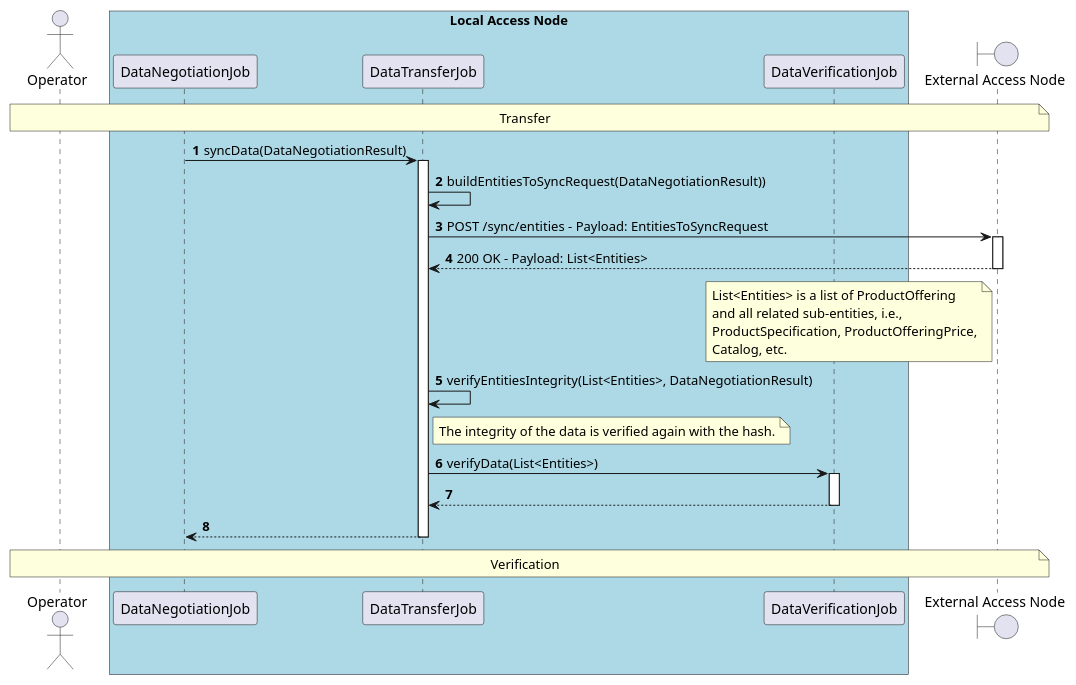
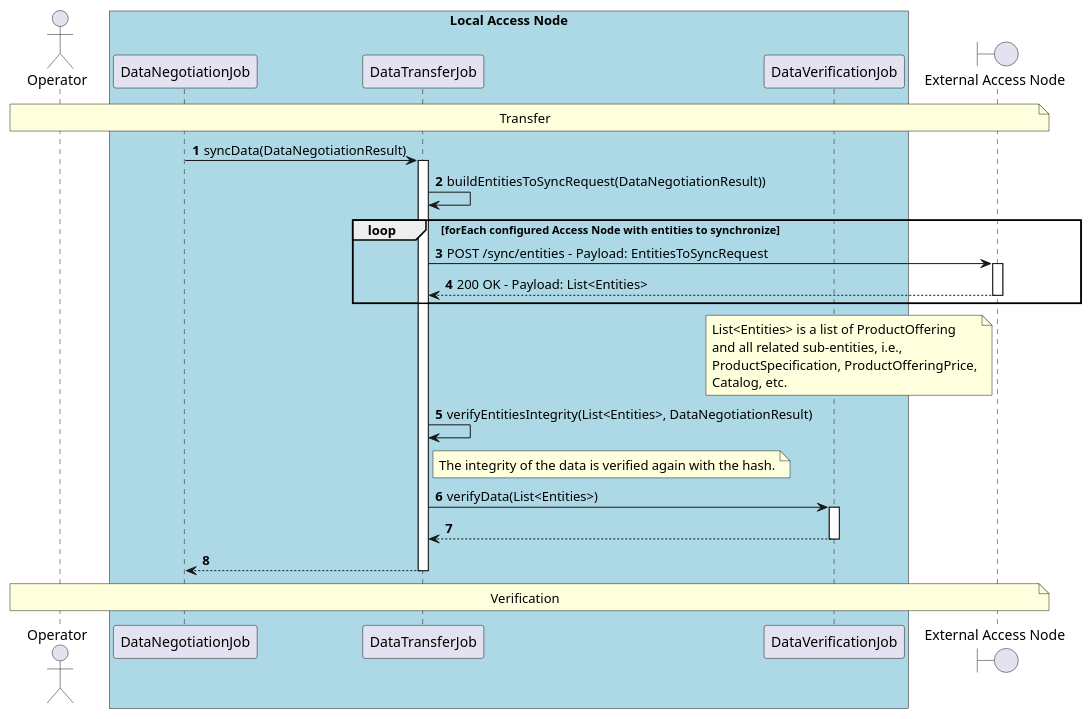
Before and after one commit to in2workspace/in2-guides: the diagram in desmos-tech-doc/diagrams/use-case-data-synchronization-4-transfer.puml, drawn with PlantUML. The commit also changed 4 other files, not shown here.

```diff
--- a/desmos-tech-doc/diagrams/use-case-data-synchronization-4-transfer.puml
+++ b/desmos-tech-doc/diagrams/use-case-data-synchronization-4-transfer.puml
@@ -1,52 +1,54 @@
 @startuml
 'https://plantuml.com/sequence-diagram
 
 autonumber
 skinparam BoxPadding 10
 
 ' -------------------- Headers -------------------- '
 
 actor "Operator" as operator
 
 box "Local Access Node" #LightBlue
     participant "DataNegotiationJob" as dnj
     participant "DataTransferJob" as dtj
     participant "DataVerificationJob" as dvj
 end box
 
 boundary "External Access Node" as external_access_node
 
 ' -------------------- Diagram -------------------- '
 
 
 note over operator, external_access_node
     Transfer
 end note
 
 dnj -> dtj++: syncData(DataNegotiationResult)
     dtj -> dtj: buildEntitiesToSyncRequest(DataNegotiationResult))
-    dtj -> external_access_node++: POST /sync/entities - Payload: EntitiesToSyncRequest
-    return 200 OK - Payload: List<Entities>
+    loop forEach configured Access Node with entities to synchronize
+        dtj -> external_access_node++: POST /sync/entities - Payload: EntitiesToSyncRequest
+        return 200 OK - Payload: List<Entities>
+    end
     note left of external_access_node
         List<Entities> is a list of ProductOffering
         and all related sub-entities, i.e.,
         ProductSpecification, ProductOfferingPrice,
         Catalog, etc.
     end note
 
     dtj -> dtj: verifyEntitiesIntegrity(List<Entities>, DataNegotiationResult)
     note right of dtj
         The integrity of the data is verified again with the hash.
     end note
 
     dtj -> dvj++: verifyData(List<Entities>)
     return
 return
 
 note over operator, external_access_node
     Verification
 end note
 
 
 
 @enduml
```
